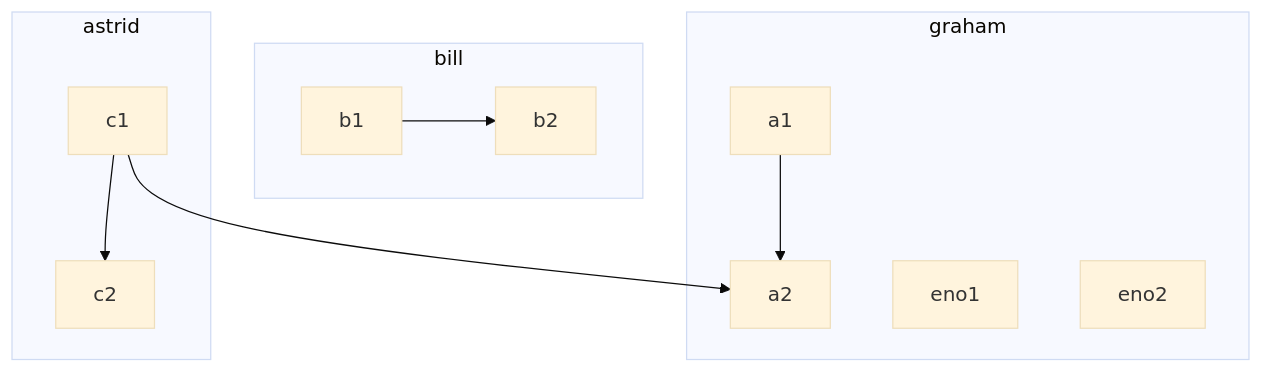
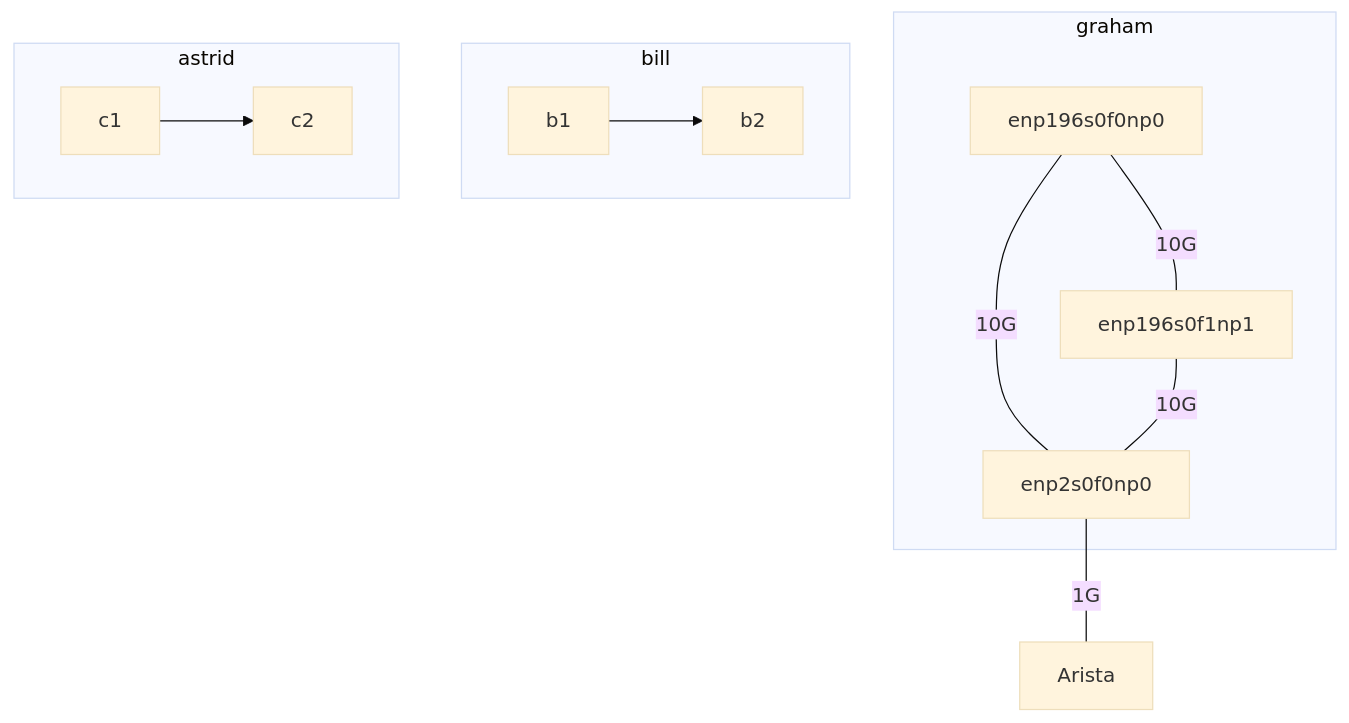
The fourth of 4 diagrams in some-mermaid-graph.md (ackxolotl/doctor-cluster-config), drawn with Mermaid (base theme) before and after one commit.

````diff
--- a/some-mermaid-graph.md
+++ b/some-mermaid-graph.md
@@ -45,15 +45,16 @@
 ```mermaid
   graph TD
-    c1-->a2
+    enp2s0f0np0-- 1G ---Arista
     subgraph graham
-    a1-->a2
-    eno1
-    eno2
+    enp2s0f0np0
+    enp196s0f0np0-- 10G ---enp2s0f0np0
+    enp196s0f0np0-- 10G ---enp196s0f1np1
+    enp196s0f1np1-- 10G ---enp2s0f0np0
     end
     subgraph bill
     b1-->b2
     end
     subgraph astrid
     c1-->c2
     end
 ```
````
